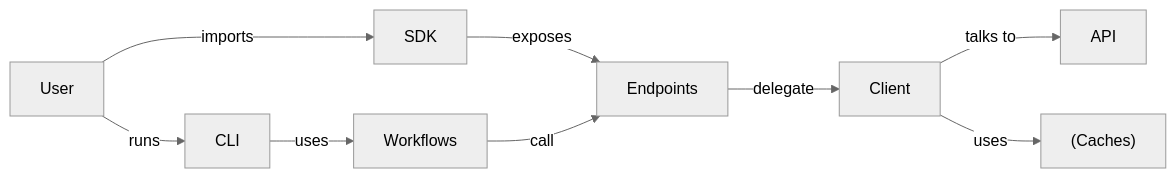
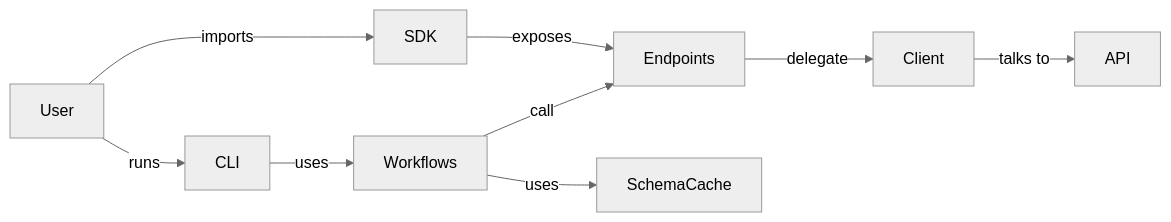
Before and after one commit to fderuiter/imednet-toolkit: the diagram in docs/diagrams/architecture_4.mmd, drawn with Mermaid (neutral theme). The commit also changed 31 other files, not shown here.

```diff
--- a/docs/diagrams/architecture_4.mmd
+++ b/docs/diagrams/architecture_4.mmd
@@ -1,11 +1,11 @@
 graph LR
-    accTitle: User Entry Points and Client Caching Flow
-    accDescr: Left-to-right diagram showing User interactions with CLI and SDK flowing through Workflows, Endpoints, Client, API, and Caches
+    accTitle: User Entry Points and Schema Caching Flow
+    accDescr: Left-to-right diagram showing User interactions with CLI and SDK flowing through Workflows, SchemaCache, Endpoints, Client, and API
     User --> |runs| CLI
     User --> |imports| SDK
     CLI --> |uses| Workflows
     SDK --> |exposes| Endpoints
     Workflows --> |call| Endpoints
     Endpoints --> |delegate| Client
     Client --> |talks to| API
-    Client --> |uses| Cache["(Caches)"]
+    Workflows --> |uses| SchemaCache
```
